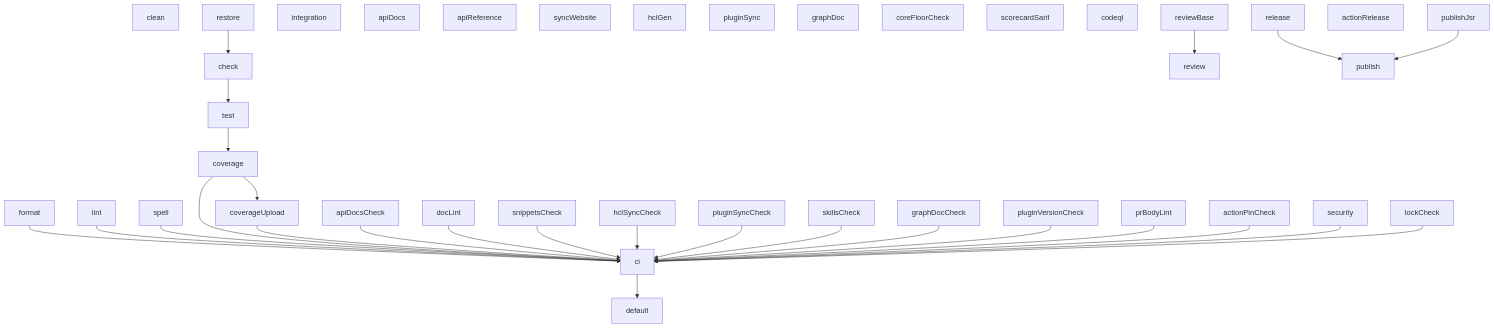
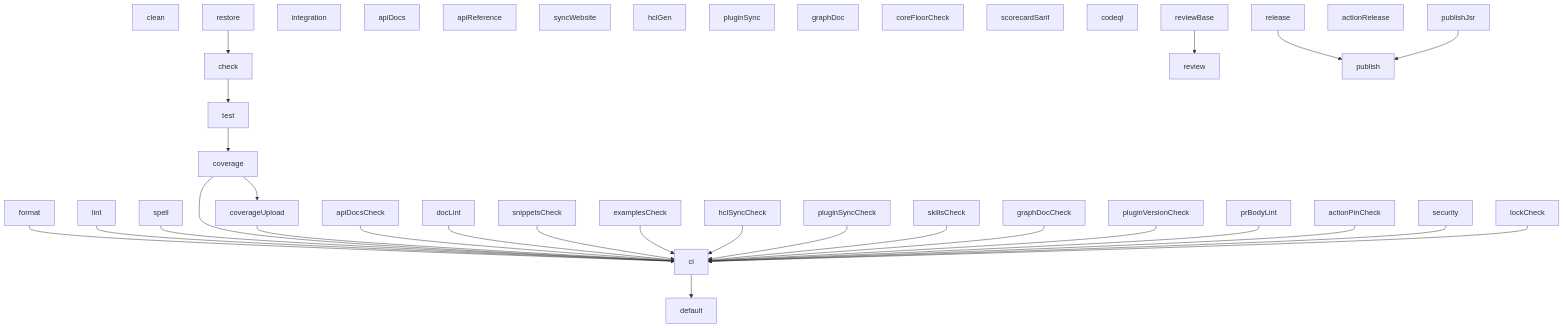
The diagram in docs/graph.md (zuke-build/zuke), drawn with Mermaid before and after one commit. The commit also changed other lines of this file and 44 other files, not shown here.

First line of the commit message:
chore: add cloneable example projects and the examplesCheck gate

````diff
--- a/docs/graph.md
+++ b/docs/graph.md
@@ -9,67 +9,69 @@
 ```mermaid
 flowchart TD
   t0["clean"]
   t1["restore"]
   t2["format"]
   t3["lint"]
   t4["spell"]
   t5["check"]
   t6["test"]
   t7["integration"]
   t8["coverage"]
   t9["coverageUpload"]
   t10["apiDocs"]
   t11["apiDocsCheck"]
   t12["apiReference"]
   t13["syncWebsite"]
   t14["docLint"]
   t15["snippetsCheck"]
-  t16["hclGen"]
-  t17["hclSyncCheck"]
-  t18["pluginSync"]
-  t19["pluginSyncCheck"]
-  t20["skillsCheck"]
-  t21["graphDoc"]
-  t22["graphDocCheck"]
-  t23["pluginVersionCheck"]
-  t24["prBodyLint"]
-  t25["coreFloorCheck"]
-  t26["lockCheck"]
-  t27["security"]
-  t28["actionPinCheck"]
-  t29["ci"]
-  t30["scorecardSarif"]
-  t31["codeql"]
-  t32["reviewBase"]
-  t33["review"]
-  t34["release"]
-  t35["actionRelease"]
-  t36["publishJsr"]
-  t37["publish"]
-  t38["default"]
+  t16["examplesCheck"]
+  t17["hclGen"]
+  t18["hclSyncCheck"]
+  t19["pluginSync"]
+  t20["pluginSyncCheck"]
+  t21["skillsCheck"]
+  t22["graphDoc"]
+  t23["graphDocCheck"]
+  t24["pluginVersionCheck"]
+  t25["prBodyLint"]
+  t26["coreFloorCheck"]
+  t27["lockCheck"]
+  t28["security"]
+  t29["actionPinCheck"]
+  t30["ci"]
+  t31["scorecardSarif"]
+  t32["codeql"]
+  t33["reviewBase"]
+  t34["review"]
+  t35["release"]
+  t36["actionRelease"]
+  t37["publishJsr"]
+  t38["publish"]
+  t39["default"]
   t1 --> t5
   t5 --> t6
   t6 --> t8
   t8 --> t9
-  t2 --> t29
-  t3 --> t29
-  t4 --> t29
-  t8 --> t29
-  t9 --> t29
-  t11 --> t29
-  t14 --> t29
-  t15 --> t29
-  t17 --> t29
-  t19 --> t29
-  t20 --> t29
-  t22 --> t29
-  t23 --> t29
-  t24 --> t29
-  t28 --> t29
-  t27 --> t29
-  t26 --> t29
-  t32 --> t33
-  t34 --> t37
-  t36 --> t37
-  t29 --> t38
+  t2 --> t30
+  t3 --> t30
+  t4 --> t30
+  t8 --> t30
+  t9 --> t30
+  t11 --> t30
+  t14 --> t30
+  t15 --> t30
+  t16 --> t30
+  t18 --> t30
+  t20 --> t30
+  t21 --> t30
+  t23 --> t30
+  t24 --> t30
+  t25 --> t30
+  t29 --> t30
+  t28 --> t30
+  t27 --> t30
+  t33 --> t34
+  t35 --> t38
+  t37 --> t38
+  t30 --> t39
 ```
````
